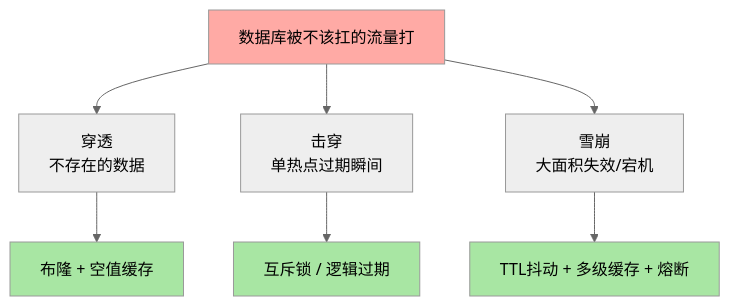
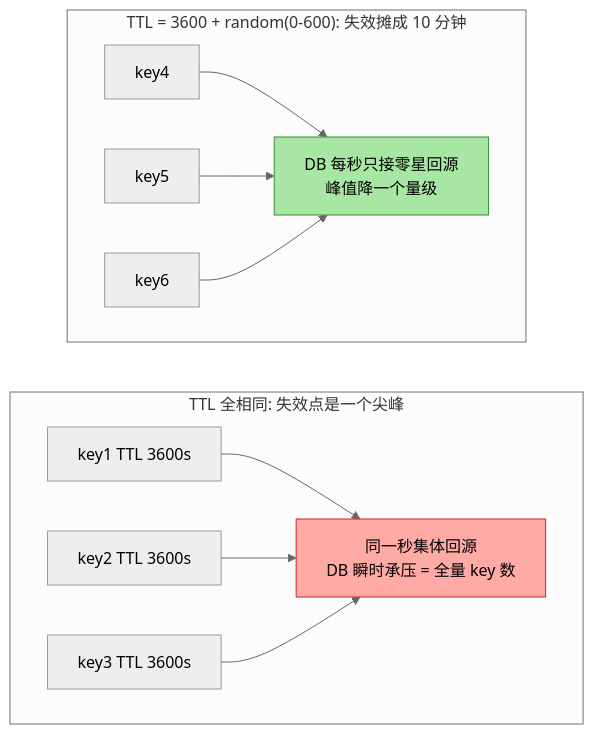
The fourth of 5 diagrams in docs/middleware/redis/入门层/从零开始认识Redis系列/18_缓存三大问题-入门.md (xiaobo1997/programmer-knowledge-graph), drawn with Mermaid (neutral theme) before and after one commit. The commit also changed other lines of this file and 126 other files, not shown here.

````diff
--- a/docs/middleware/redis/入门层/从零开始认识Redis系列/18_缓存三大问题-入门.md
+++ b/docs/middleware/redis/入门层/从零开始认识Redis系列/18_缓存三大问题-入门.md
@@ -20,13 +167,17 @@
 ```mermaid
-flowchart TD
-    A["数据库被不该扛的流量打"] --> B["穿透<br/>不存在的数据"]
-    A --> C["击穿<br/>单热点过期瞬间"]
-    A --> D["雪崩<br/>大面积失效/宕机"]
-    B --> E["布隆 + 空值缓存"]
-    C --> F["互斥锁 / 逻辑过期"]
-    D --> G["TTL抖动 + 多级缓存 + 熔断"]
-    style A fill:#ffaaa5
-    style E fill:#a8e6a3
-    style F fill:#a8e6a3
-    style G fill:#a8e6a3
+flowchart LR
+    subgraph BAD["TTL 全相同: 失效点是一个尖峰"]
+        direction LR
+        K1["key1 TTL 3600s"] --> PEAK["同一秒集体回源<br/>DB 瞬时承压 = 全量 key 数"]
+        K2["key2 TTL 3600s"] --> PEAK
+        K3["key3 TTL 3600s"] --> PEAK
+    end
+    subgraph GOOD["TTL = 3600 + random(0-600): 失效摊成 10 分钟"]
+        direction LR
+        K4["key4"] --> FLAT["DB 每秒只接零星回源<br/>峰值降一个量级"]
+        K5["key5"] --> FLAT
+        K6["key6"] --> FLAT
+    end
+    style PEAK fill:#ffaaa5,stroke:#c62828
+    style FLAT fill:#a8e6a3,stroke:#388e3c
 ```
````
